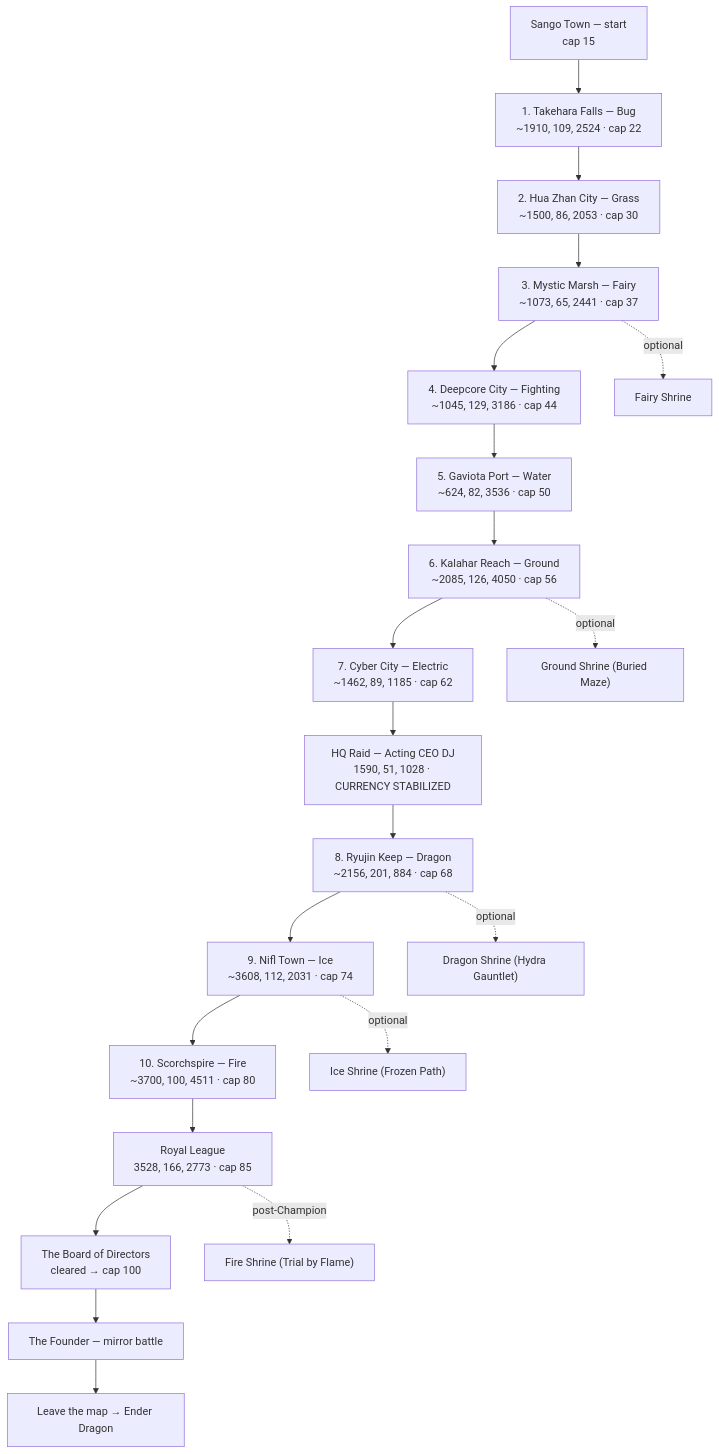
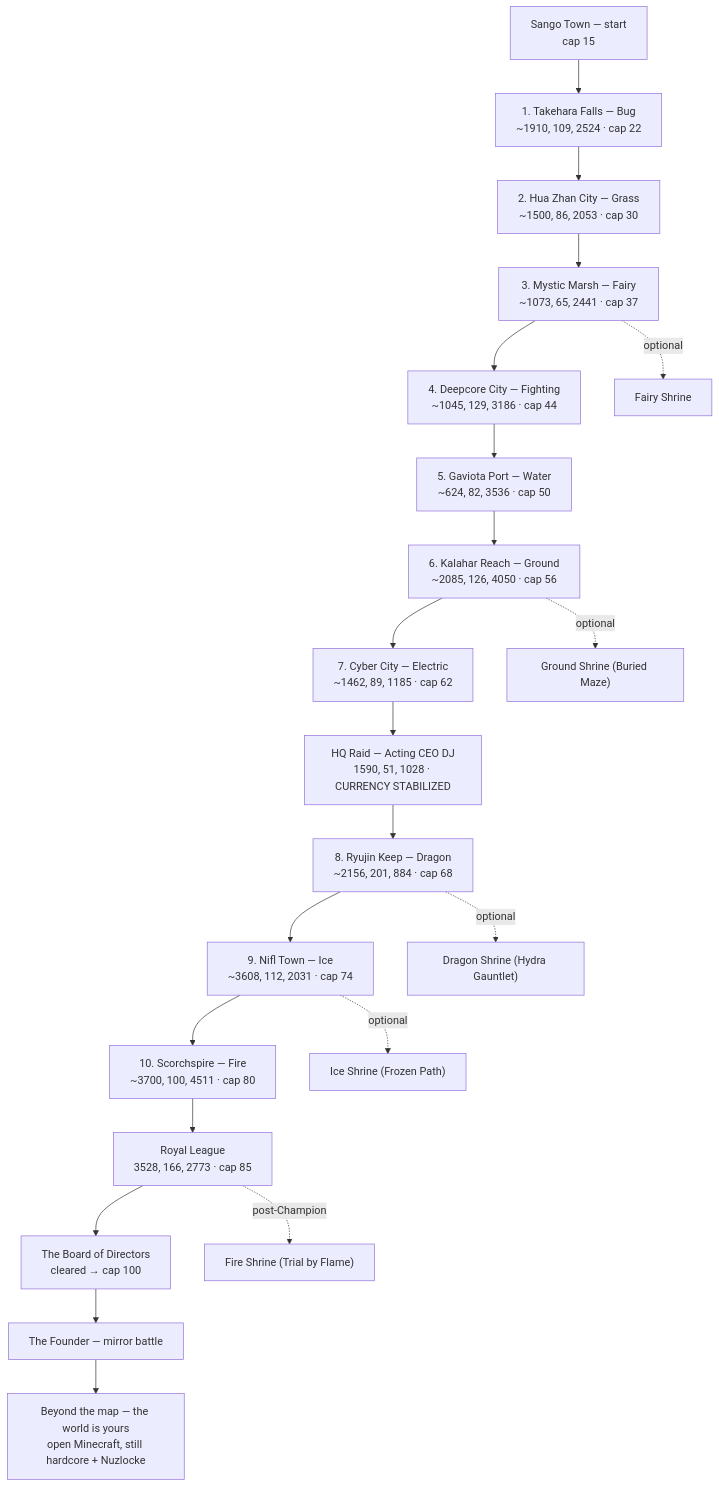
The diagram in wiki/Guidebook-Route-Map.md (The-Company-Inc-Nerds/the-cobblemon-initiative), drawn with Mermaid before and after one commit. The commit also changed other lines of this file and 414 other files, not shown here.

````diff
--- a/wiki/Guidebook-Route-Map.md
+++ b/wiki/Guidebook-Route-Map.md
@@ -14,24 +14,24 @@
 ```mermaid
 flowchart TD
   S["Sango Town — start<br/>cap 15"] --> G1["1. Takehara Falls — Bug<br/>~1910, 109, 2524 · cap 22"]
   G1 --> G2["2. Hua Zhan City — Grass<br/>~1500, 86, 2053 · cap 30"]
   G2 --> G3["3. Mystic Marsh — Fairy<br/>~1073, 65, 2441 · cap 37"]
   G3 --> G4["4. Deepcore City — Fighting<br/>~1045, 129, 3186 · cap 44"]
   G4 --> G5["5. Gaviota Port — Water<br/>~624, 82, 3536 · cap 50"]
   G5 --> G6["6. Kalahar Reach — Ground<br/>~2085, 126, 4050 · cap 56"]
   G6 --> G7["7. Cyber City — Electric<br/>~1462, 89, 1185 · cap 62"]
   G7 --> HQ["HQ Raid — Acting CEO DJ<br/>1590, 51, 1028 · CURRENCY STABILIZED"]
   HQ --> G8["8. Ryujin Keep — Dragon<br/>~2156, 201, 884 · cap 68"]
   G8 --> G9["9. Nifl Town — Ice<br/>~3608, 112, 2031 · cap 74"]
   G9 --> G10["10. Scorchspire — Fire<br/>~3700, 100, 4511 · cap 80"]
   G10 --> RL["Royal League<br/>3528, 166, 2773 · cap 85"]
   RL --> BD["The Board of Directors<br/>cleared → cap 100"]
   BD --> FD["The Founder — mirror battle"]
-  FD --> ED["Leave the map → Ender Dragon"]
+  FD --> ED["Beyond the map — the world is yours<br/>open Minecraft, still hardcore + Nuzlocke"]
 
   G3 -. "optional" .-> SF["Fairy Shrine"]
   G6 -. "optional" .-> SG["Ground Shrine (Buried Maze)"]
   G8 -. "optional" .-> SD["Dragon Shrine (Hydra Gauntlet)"]
   G9 -. "optional" .-> SI["Ice Shrine (Frozen Path)"]
   RL -. "post-Champion" .-> SR["Fire Shrine (Trial by Flame)"]
 ```
````
